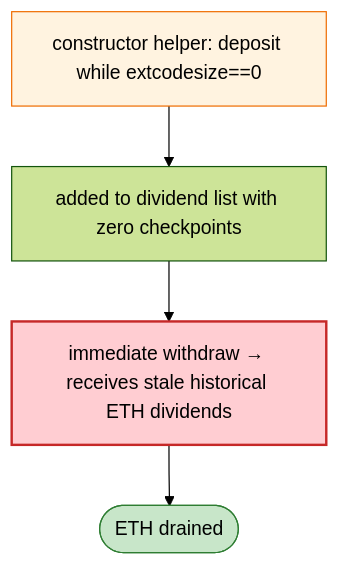
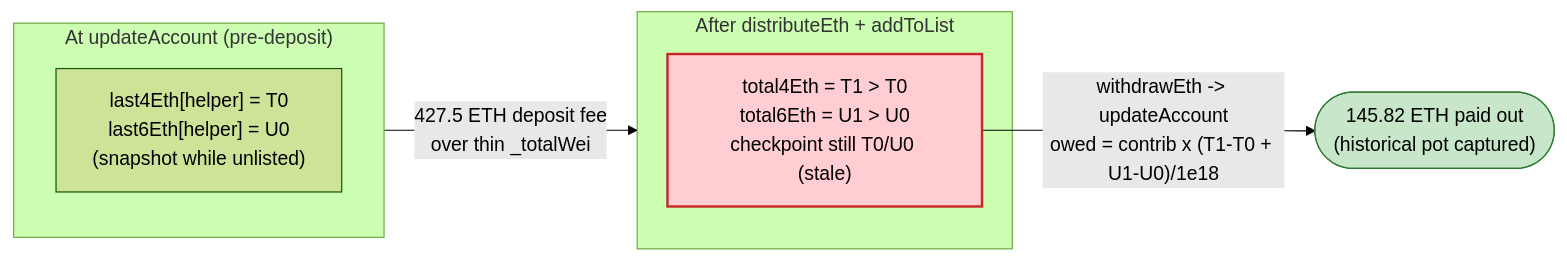
The fourth of 4 diagrams in 2026-06-NovaBox_exp/NovaBox_exp.md (sanbir/evm-hack-registry), drawn with Mermaid (forest theme) before and after one commit. The commit also changed other lines of this file and 32 other files, not shown here.

````diff
--- a/2026-06-NovaBox_exp/NovaBox_exp.md
+++ b/2026-06-NovaBox_exp/NovaBox_exp.md
@@ -41,10 +427,14 @@
 ```mermaid
-flowchart TD
-    C["constructor helper: deposit while extcodesize==0"] --> L["added to dividend list with zero checkpoints"]
-    L --> W["immediate withdraw → receives stale historical ETH dividends"]
-    W --> OUT(["ETH drained"])
+flowchart LR
+    subgraph Before["At updateAccount (pre-deposit)"]
+        B["last4Eth[helper] = T0<br/>last6Eth[helper] = U0<br/>(snapshot while unlisted)"]
+    end
+    subgraph After["After distributeEth + addToList"]
+        Aa["total4Eth = T1 > T0<br/>total6Eth = U1 > U0<br/>checkpoint still T0/U0 (stale)"]
+    end
+    Before -->|"427.5 ETH deposit fee<br/>over thin _totalWei"| After
+    Aa -->|"withdrawEth -> updateAccount<br/>owed = contrib x (T1-T0 + U1-U0)/1e18"| Drain(["145.82 ETH paid out<br/>(historical pot captured)"])
 
-    style C fill:#fff3e0,stroke:#ef6c00
-    style W fill:#ffcdd2,stroke:#c62828,stroke-width:2px
-    style OUT fill:#c8e6c9,stroke:#2e7d32
+    style Aa fill:#ffcdd2,stroke:#c62828,stroke-width:2px
+    style Drain fill:#c8e6c9,stroke:#2e7d32
 ```
````
